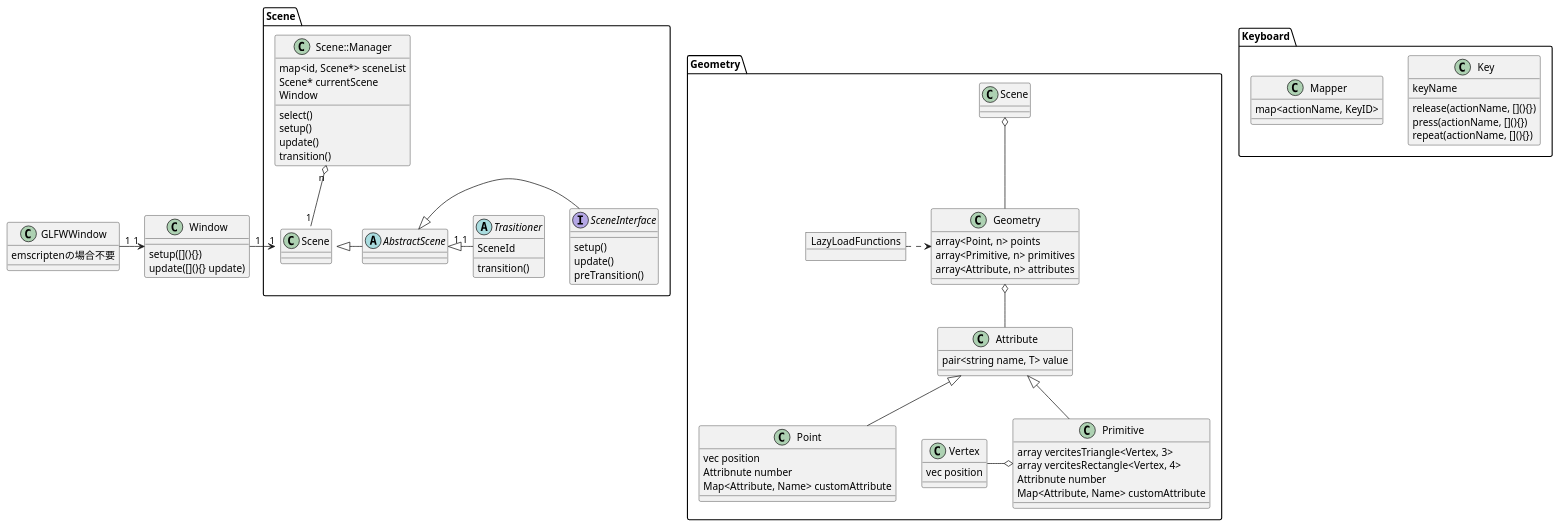
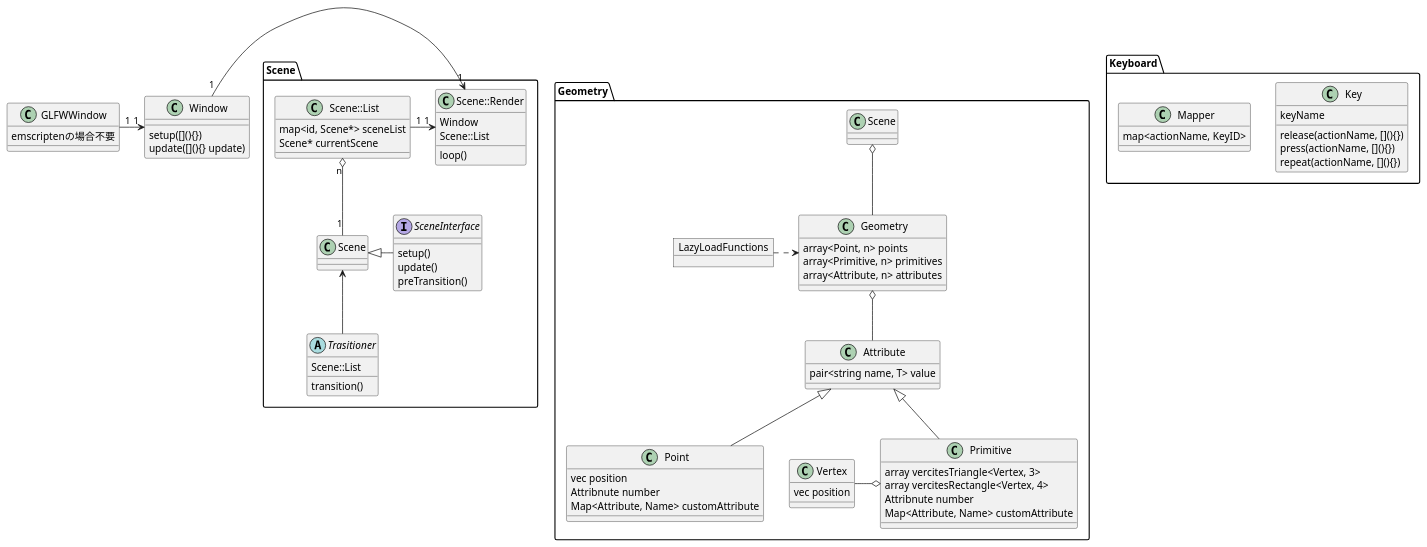
The diagram in UML/classs.pu (thu0x31/Learn_OpenGL_and_Managers), drawn with PlantUML before and after one commit. The commit also changed 10 other files, not shown here.

```diff
--- a/UML/classs.pu
+++ b/UML/classs.pu
@@ -1,107 +1,102 @@
 @startuml thux
 ' eventは各自のオブジェクトが持ちたい
 
 class GLFWWindow {
     emscriptenの場合不要
 }
 GLFWWindow "1" -> "1" Window
 
 class Window {
     setup([](){})
     update([](){} update)
 }
 ' Window --> Scene
 ' Window --> Geometry
 
 package Scene {
-    Window "1" -> "1" Scene::Manager
+
+    class Scene::List {
+        map<id, Scene*> sceneList
+        Scene* currentScene
+    }
+    Scene::List "n" o-- "1" Scene
     
-    class Scene::Manager {
-        'compile time
-        map<id, Scene*> sceneList 
-        ' str?
-        Scene* currentScene
+    class Scene::Render {
         Window
+        Scene::List
+        loop()
+    }
+    Window "1" -> "1" Scene::Render
+    Scene::List "1" -> "1" Scene::Render
 
-        select()
-        setup()
-        update()
-        transition()
-    }
-    Scene::Manager "n" o-- "1" Scene
-
-    Scene <|- AbstractScene
-    abstract AbstractScene {
-    }
-
-    AbstractScene  <|- SceneInterface
+    Scene <|- SceneInterface
     interface SceneInterface {
         setup()
         update()
         preTransition()
     }
 
-    AbstractScene "1" <|- "1" Trasitioner
+    Scene <-- Trasitioner
     abstract Trasitioner {
-        SceneId
+        Scene::List
         transition()
     }
 }
 
 package Keyboard {
     ' 1 : n ? key('e')
     ' 1 : 1 key().press('e')
     
     class Key {
         keyName
         release(actionName, [](){})
         press(actionName, [](){})
         repeat(actionName, [](){})
     }
 
     class Mapper {
         map<actionName, KeyID>
     }
 }
 
 package Geometry {
     class Geometry {
         array<Point, n> points
         array<Primitive, n> primitives
         array<Attribute, n> attributes
     }
     Scene o-- Geometry
 
     Geometry o-- Attribute
 
     object LazyLoadFunctions {
 
     }
     LazyLoadFunctions .> Geometry
 
     class Attribute {
         pair<string name, T> value
     }
 
     class Point {
         vec position
         Attribnute number
         Map<Attribute, Name> customAttribute
     }
     Attribute <|-- Point
 
     class Primitive {
         array vercitesTriangle<Vertex, 3>
         array vercitesRectangle<Vertex, 4>
         Attribnute number
         Map<Attribute, Name> customAttribute
     }
     Attribute <|-- Primitive
 
     class Vertex {
         vec position
     }
     Vertex -o Primitive
     ' Vertex <|- Attribute
 }
 @enduml
```
